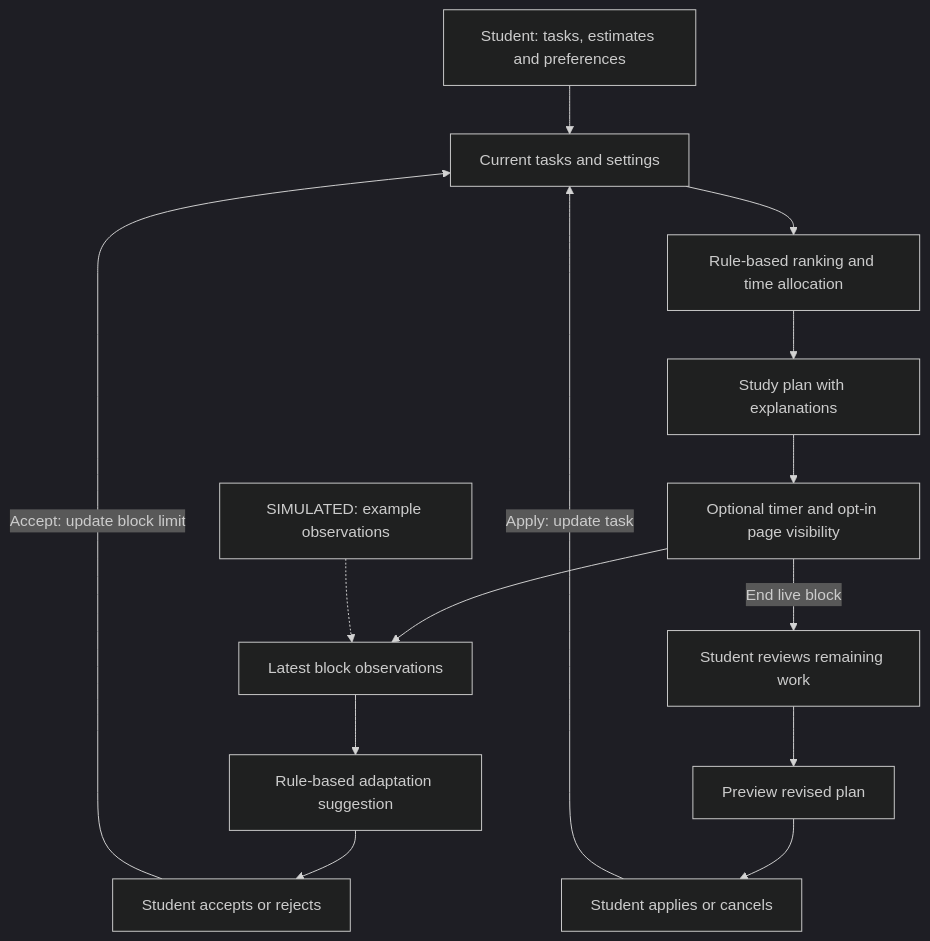
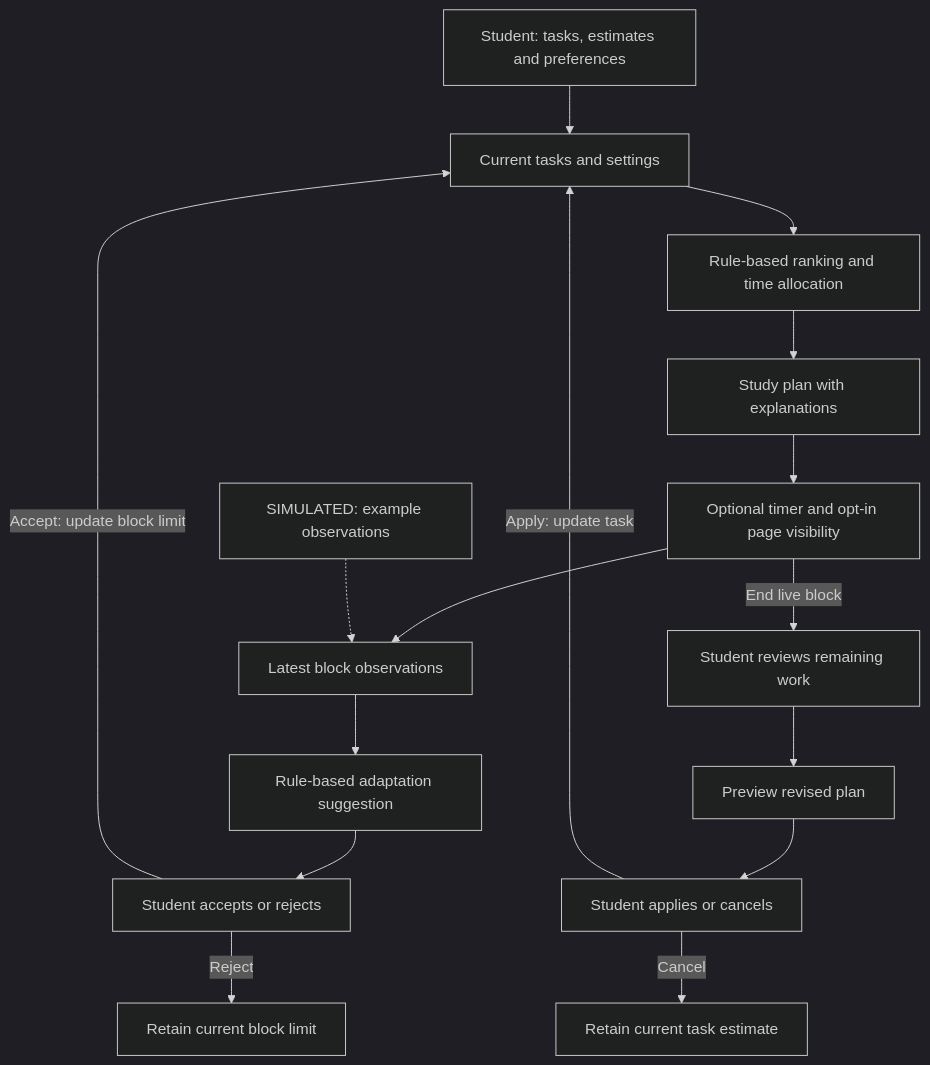
The first of 2 diagrams in docs/system-diagram.md (sxk1420/studyloom), drawn with Mermaid (dark theme) before and after one commit. The commit also changed other lines of this file and 15 other files, not shown here.

````diff
--- a/docs/system-diagram.md
+++ b/docs/system-diagram.md
@@ -6,29 +8,33 @@
 ```mermaid
 flowchart TD
     A["Student: tasks, estimates and preferences"]
     B["Current tasks and settings"]
     C["Rule-based ranking and time allocation"]
     D["Study plan with explanations"]
     E["Optional timer and opt-in page visibility"]
     F["Latest block observations"]
     G["Rule-based adaptation suggestion"]
     H["Student accepts or rejects"]
     I["Student reviews remaining work"]
     J["Preview revised plan"]
     K["Student applies or cancels"]
     S["SIMULATED: example observations"]
+    R["Retain current block limit"]
+    Q["Retain current task estimate"]
 
     A --> B
     B --> C
     C --> D
     D --> E
     E --> F
     S -.-> F
     F --> G
     G --> H
     H -->|"Accept: update block limit"| B
+    H -->|"Reject"| R
     E -->|"End live block"| I
     I --> J
     J --> K
     K -->|"Apply: update task"| B
+    K -->|"Cancel"| Q
 ```
````
